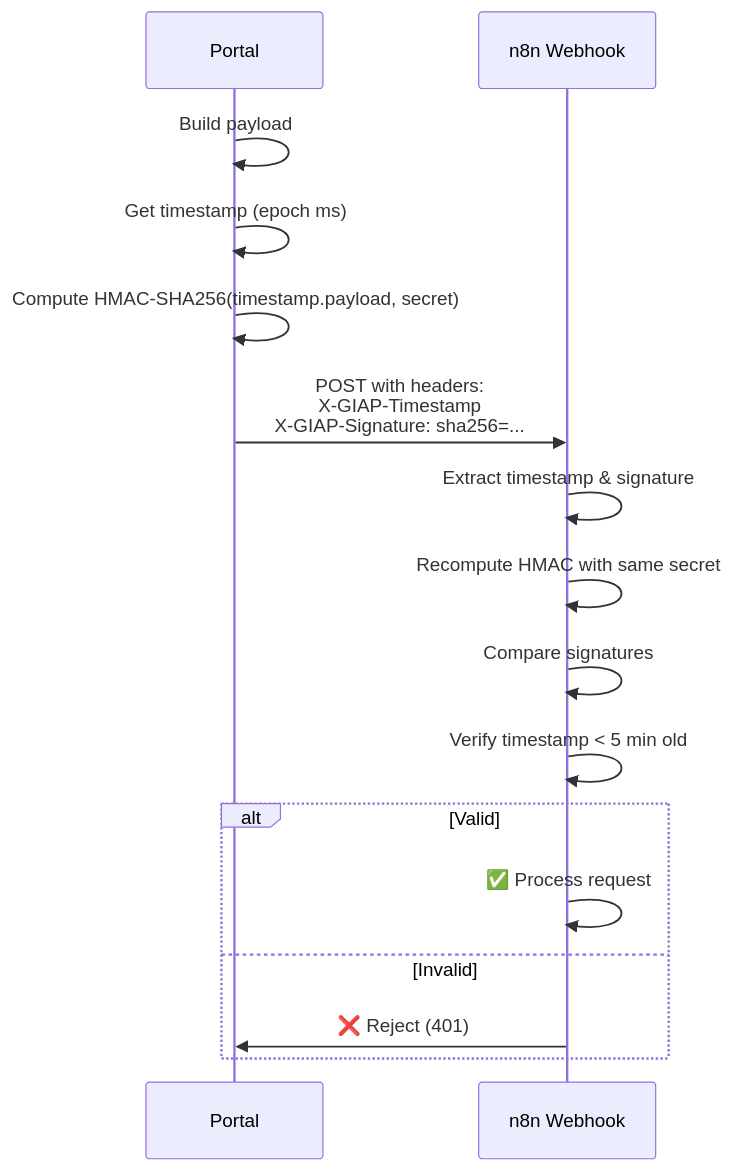
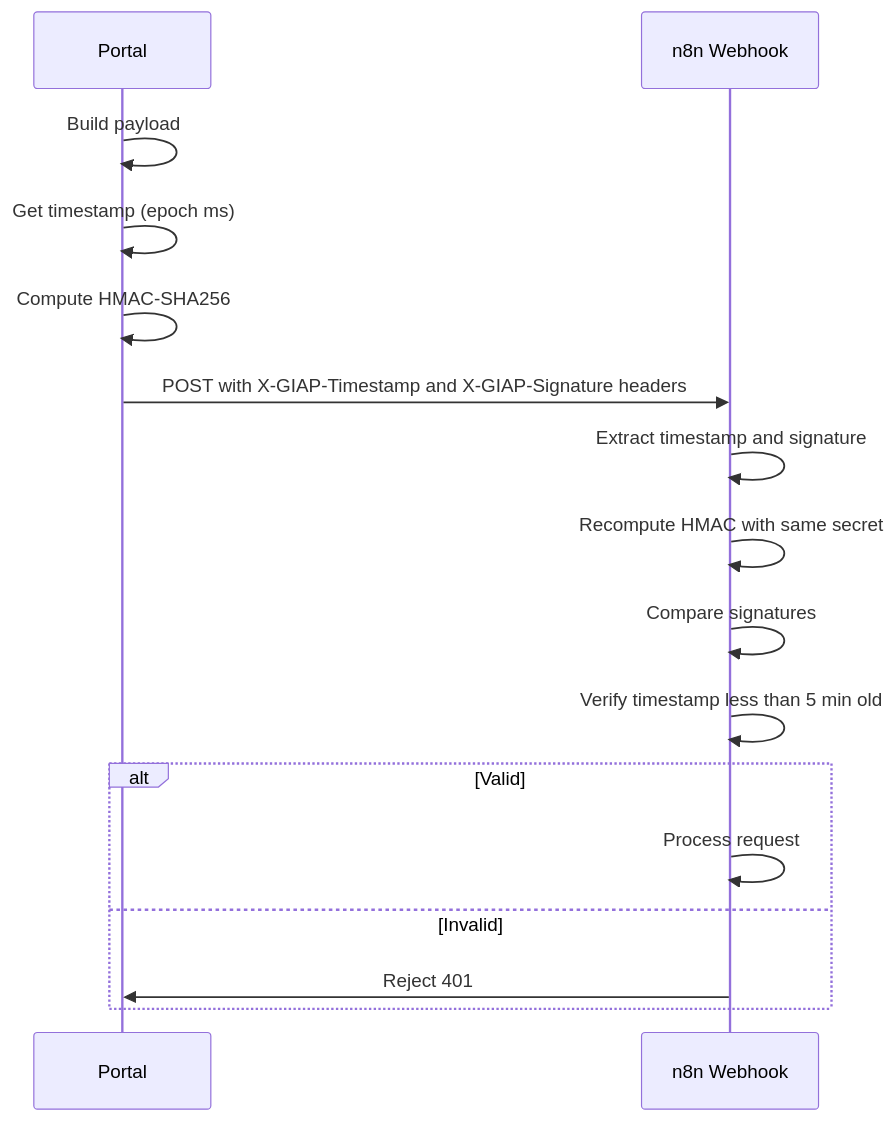
The sixth of 6 diagrams in docs/cybersecurity/giap.md (Pharns/portfolio), drawn with Mermaid before and after one commit. The commit also changed other lines of this file and 3 other files, not shown here.

First line of the commit message:
fix(mermaid): resolve syntax errors for Mermaid v11.12.2

````diff
--- a/docs/cybersecurity/giap.md
+++ b/docs/cybersecurity/giap.md
@@ -593,19 +603,19 @@
 ```mermaid
 sequenceDiagram
     participant P as Portal
     participant N as n8n Webhook
 
     P->>P: Build payload
     P->>P: Get timestamp (epoch ms)
-    P->>P: Compute HMAC-SHA256(timestamp.payload, secret)
-    P->>N: POST with headers:<br/>X-GIAP-Timestamp<br/>X-GIAP-Signature: sha256=...
-    N->>N: Extract timestamp & signature
+    P->>P: Compute HMAC-SHA256
+    P->>N: POST with X-GIAP-Timestamp and X-GIAP-Signature headers
+    N->>N: Extract timestamp and signature
     N->>N: Recompute HMAC with same secret
     N->>N: Compare signatures
-    N->>N: Verify timestamp < 5 min old
+    N->>N: Verify timestamp less than 5 min old
     alt Valid
-        N->>N: ✅ Process request
+        N->>N: Process request
     else Invalid
-        N->>P: ❌ Reject (401)
+        N->>P: Reject 401
     end
 ```
````
